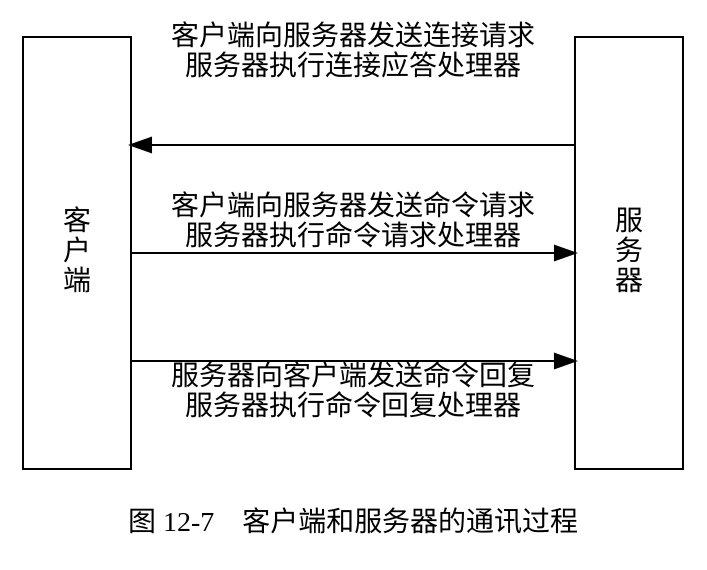
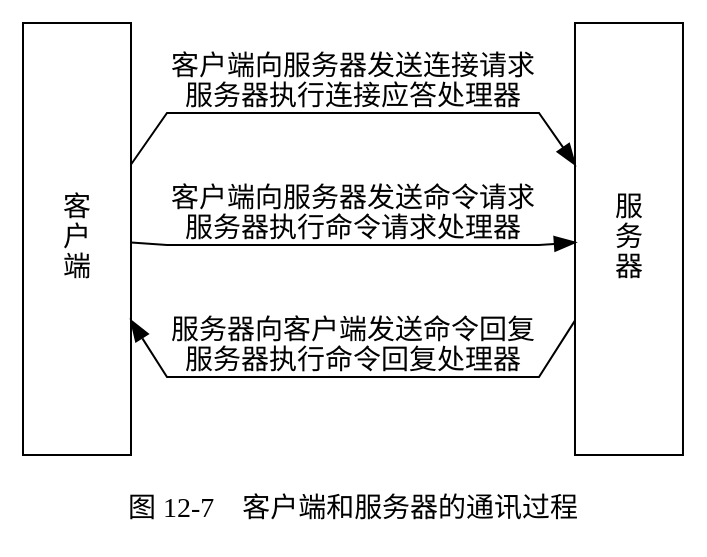
The fourth of 6 diagrams in 12-event.rst (huangzworks/redisbook1e-gallery), drawn with Graphviz before and after one commit. The commit also changed 4 other files, not shown here.

Commit message:
修复 splines = ortho 造成的 bug

```diff
--- a/12-event.rst
+++ b/12-event.rst
@@ -137,23 +137,23 @@
 .. graphviz::
 
     digraph {
 
         label = "\n图 12-7    客户端和服务器的通讯过程";
 
-        splines = ortho;
+        splines = polyline;
 
         rankdir = LR;
 
         node [shape = box, height = 3.0];
 
         client [label = "客\n户\n端"];
 
         server [label = "服\n务\n器"];
 
         client -> server [label = "客户端向服务器发送连接请求\n服务器执行连接应答处理器"];
 
         client -> server [label = "\n\n客户端向服务器发送命令请求\n服务器执行命令请求处理器"];
 
         server -> client [label = "\n\n服务器向客户端发送命令回复\n服务器执行命令回复处理器"];
 
     }
```
